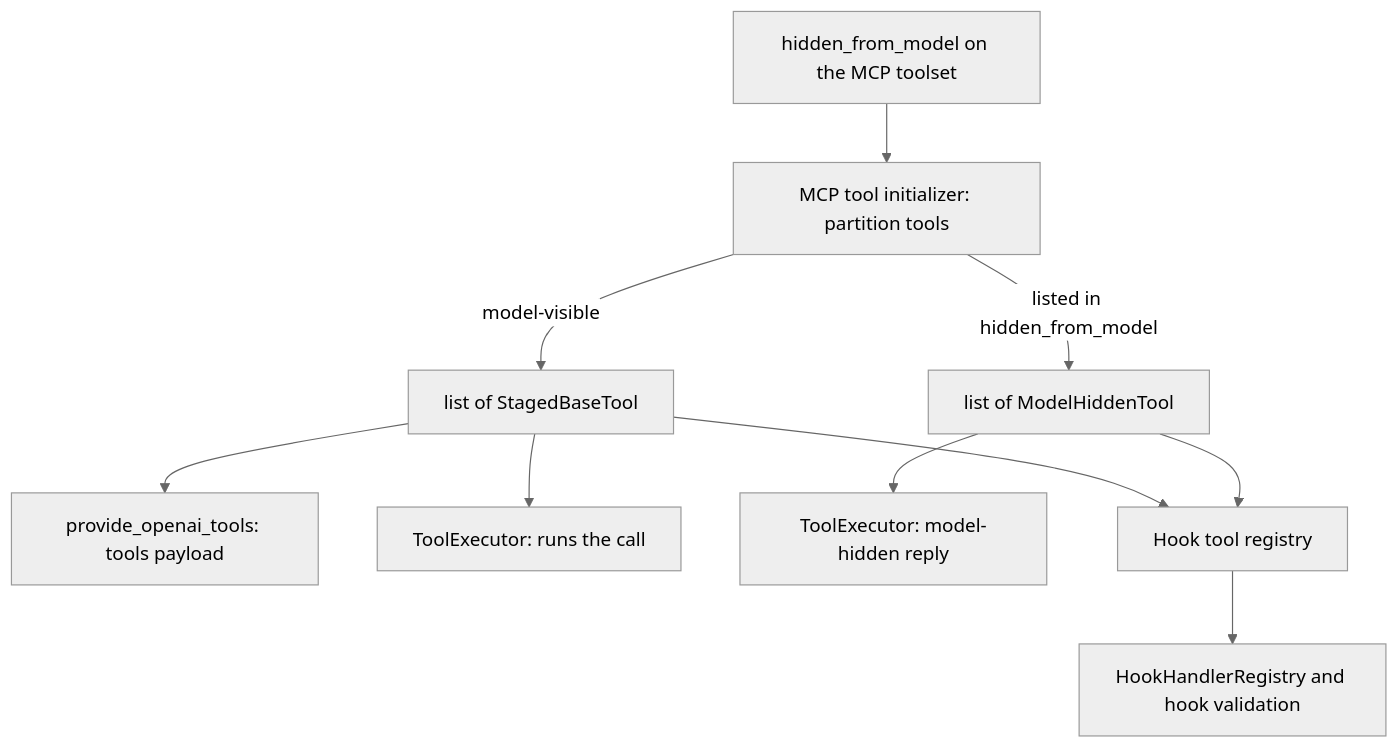
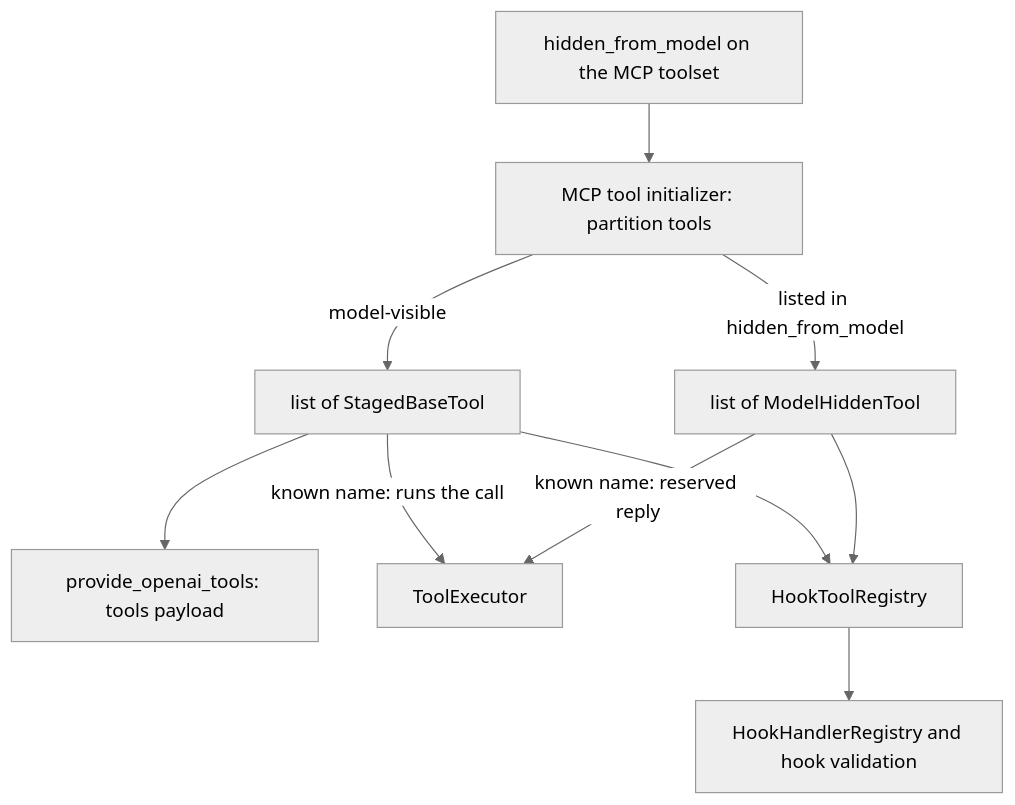
The diagram in docs/designs/tools_hidden_from_model.md (epam/ai-dial-quickapps-backend), drawn with Mermaid (neutral theme) before and after one commit. The commit also changed other lines of this file, not shown here.

Commit message:
feat: introduce HookToolRegistry for managing model-visible and model-hidden tools

````diff
--- a/docs/designs/tools_hidden_from_model.md
+++ b/docs/designs/tools_hidden_from_model.md
@@ -111,12 +111,12 @@
 ```mermaid
 flowchart TD
     cfg["hidden_from_model on the MCP toolset"] --> init["MCP tool initializer: partition tools"]
     init -->|model-visible| modelTools["list of StagedBaseTool"]
     init -->|listed in hidden_from_model| hiddenTools["list of ModelHiddenTool"]
     modelTools --> payload["provide_openai_tools: tools payload"]
-    modelTools --> executor["ToolExecutor: runs the call"]
-    hiddenTools --> executor2["ToolExecutor: model-hidden reply"]
-    modelTools --> hookRegistry["Hook tool registry"]
+    modelTools -->|"known name: runs the call"| executor["ToolExecutor"]
+    hiddenTools -->|"known name: reserved reply"| executor
+    modelTools --> hookRegistry["HookToolRegistry"]
     hiddenTools --> hookRegistry
     hookRegistry --> hooks["HookHandlerRegistry and hook validation"]
 ```
````
